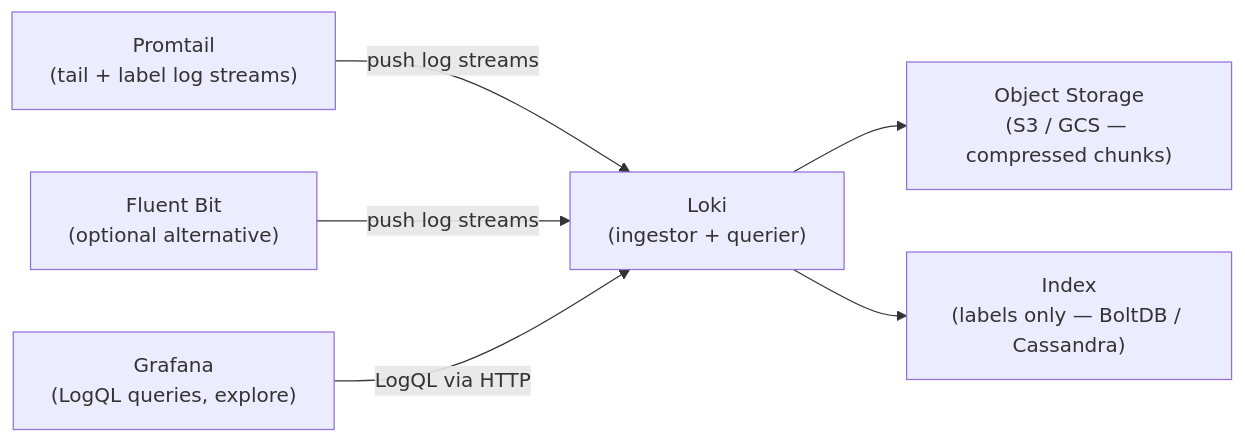
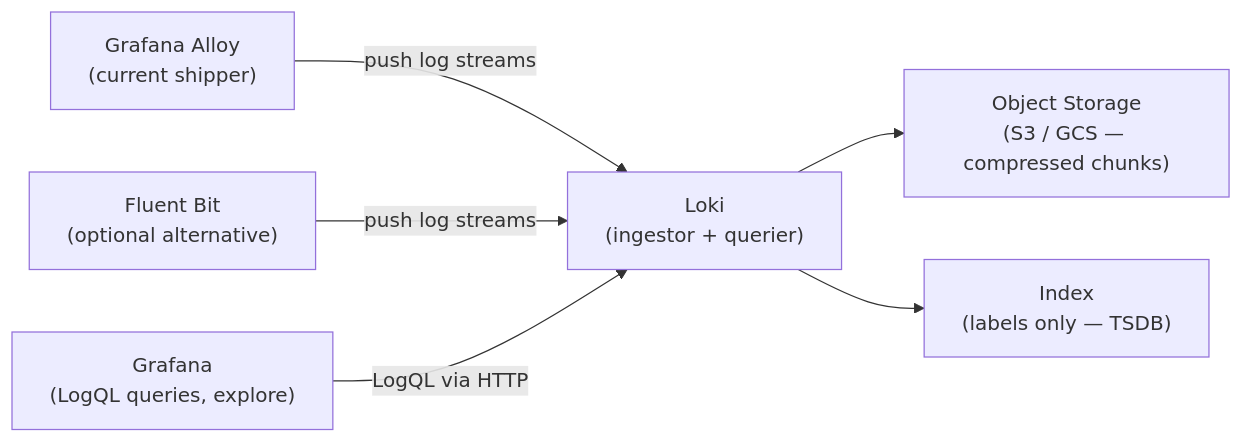
The fourth of 5 diagrams in module-12-logging.md (UncleJS/course_devops_career), drawn with Mermaid before and after one commit. The commit also changed other lines of this file and 16 other files, not shown here.

````diff
--- a/module-12-logging.md
+++ b/module-12-logging.md
@@ -838,15 +811,15 @@
 ```mermaid
 flowchart LR
-    PT["Promtail<br/>(tail + label log streams)"]
+    PT["Grafana Alloy<br/>(current shipper)"]
     FB2["Fluent Bit<br/>(optional alternative)"]
     LK["Loki<br/>(ingestor + querier)"]
     CS["Object Storage<br/>(S3 / GCS — compressed chunks)"]
-    IDX["Index<br/>(labels only — BoltDB / Cassandra)"]
+    IDX["Index<br/>(labels only — TSDB)"]
     GR["Grafana<br/>(LogQL queries, explore)"]
 
     PT -->|"push log streams"| LK
     FB2 -->|"push log streams"| LK
     LK --> CS
     LK --> IDX
     GR -->|"LogQL via HTTP"| LK
 ```
````
